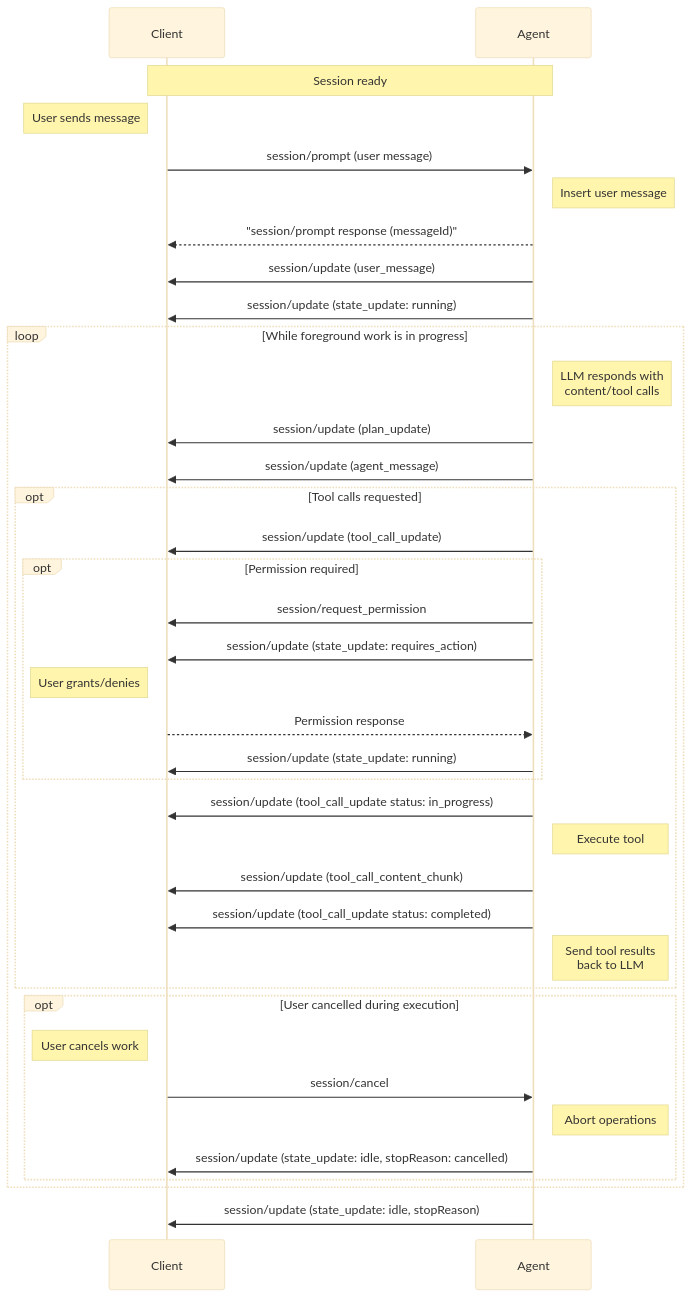
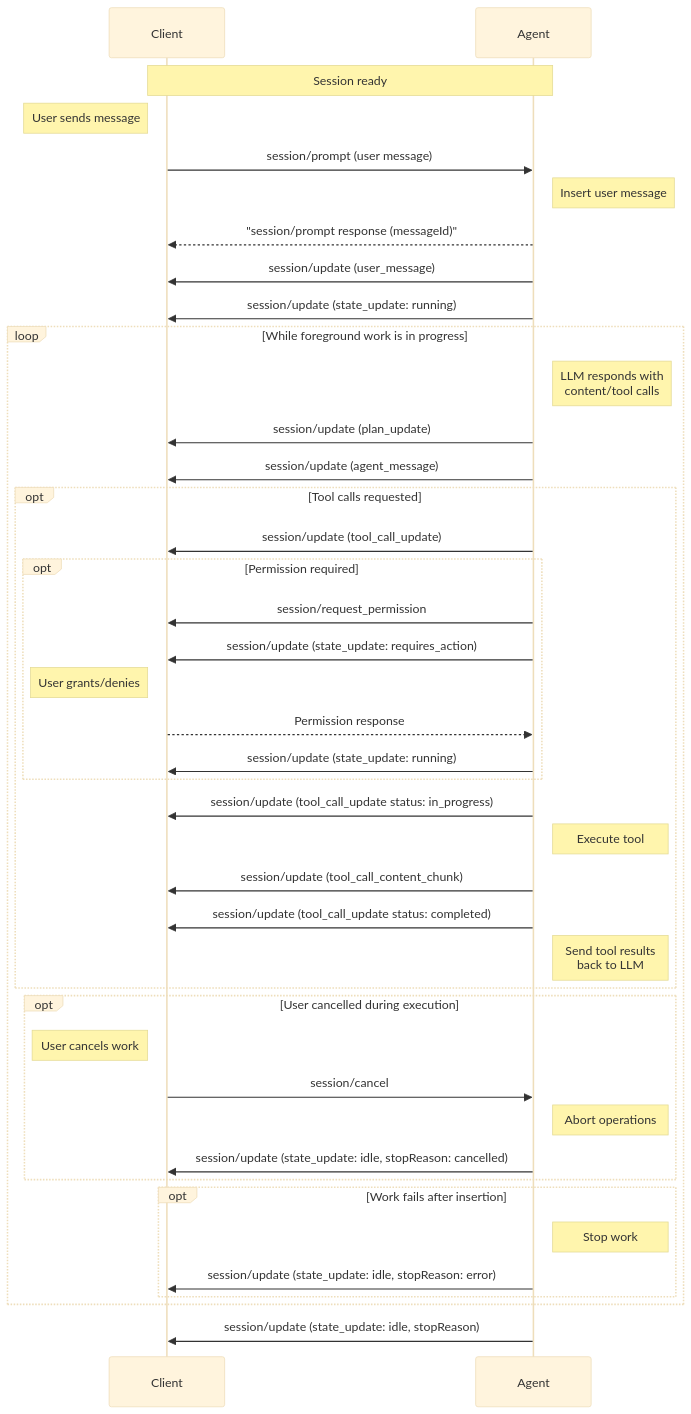
Before and after one commit to dayanruben/agent-client-protocol: the diagram in docs/protocol/v2/draft/prompt-lifecycle.mdx, drawn with Mermaid (base theme). The commit also changed other lines of this file and 19 other files, not shown here.

````diff
--- a/docs/protocol/v2/draft/prompt-lifecycle.mdx
+++ b/docs/protocol/v2/draft/prompt-lifecycle.mdx
@@ -103,46 +103,51 @@
 ```mermaid
 sequenceDiagram
     participant Client
     participant Agent
 
     Note over Agent,Client: Session ready
 
     Note left of Client: User sends message
     Client->>Agent: session/prompt (user message)
     Note right of Agent: Insert user message
     Agent-->>Client: "session/prompt response (messageId)"
     Agent->>Client: session/update (user_message)
     Agent->>Client: session/update (state_update: running)
 
     loop While foreground work is in progress
         Note right of Agent: LLM responds with<br/>content/tool calls
         Agent->>Client: session/update (plan_update)
         Agent->>Client: session/update (agent_message)
 
         opt Tool calls requested
             Agent->>Client: session/update (tool_call_update)
             opt Permission required
                 Agent->>Client: session/request_permission
                 Agent->>Client: session/update (state_update: requires_action)
                 Note left of Client: User grants/denies
                 Client-->>Agent: Permission response
                 Agent->>Client: session/update (state_update: running)
             end
             Agent->>Client: session/update (tool_call_update status: in_progress)
             Note right of Agent: Execute tool
             Agent->>Client: session/update (tool_call_content_chunk)
             Agent->>Client: session/update (tool_call_update status: completed)
             Note right of Agent: Send tool results<br/>back to LLM
         end
 
       opt User cancelled during execution
           Note left of Client: User cancels work
           Client->>Agent: session/cancel
           Note right of Agent: Abort operations
           Agent->>Client: session/update (state_update: idle, stopReason: cancelled)
       end
+
+      opt Work fails after insertion
+          Note right of Agent: Stop work
+          Agent->>Client: session/update (state_update: idle, stopReason: error)
+      end
     end
 
     Agent->>Client: session/update (state_update: idle, stopReason)
 
 ```
````
